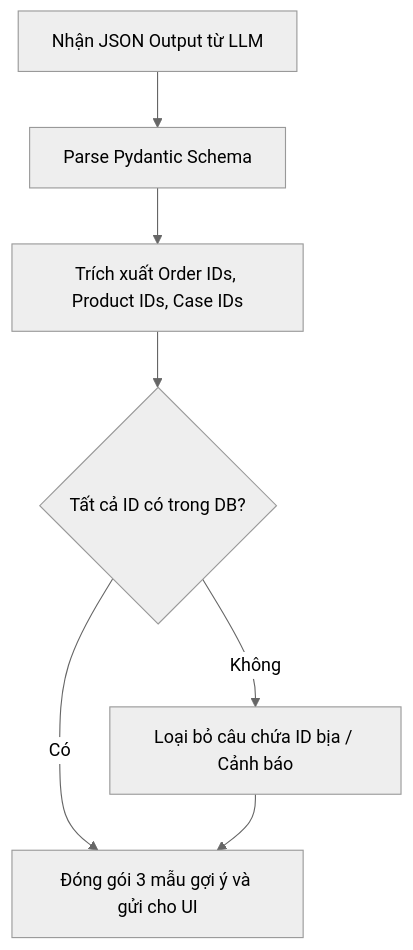
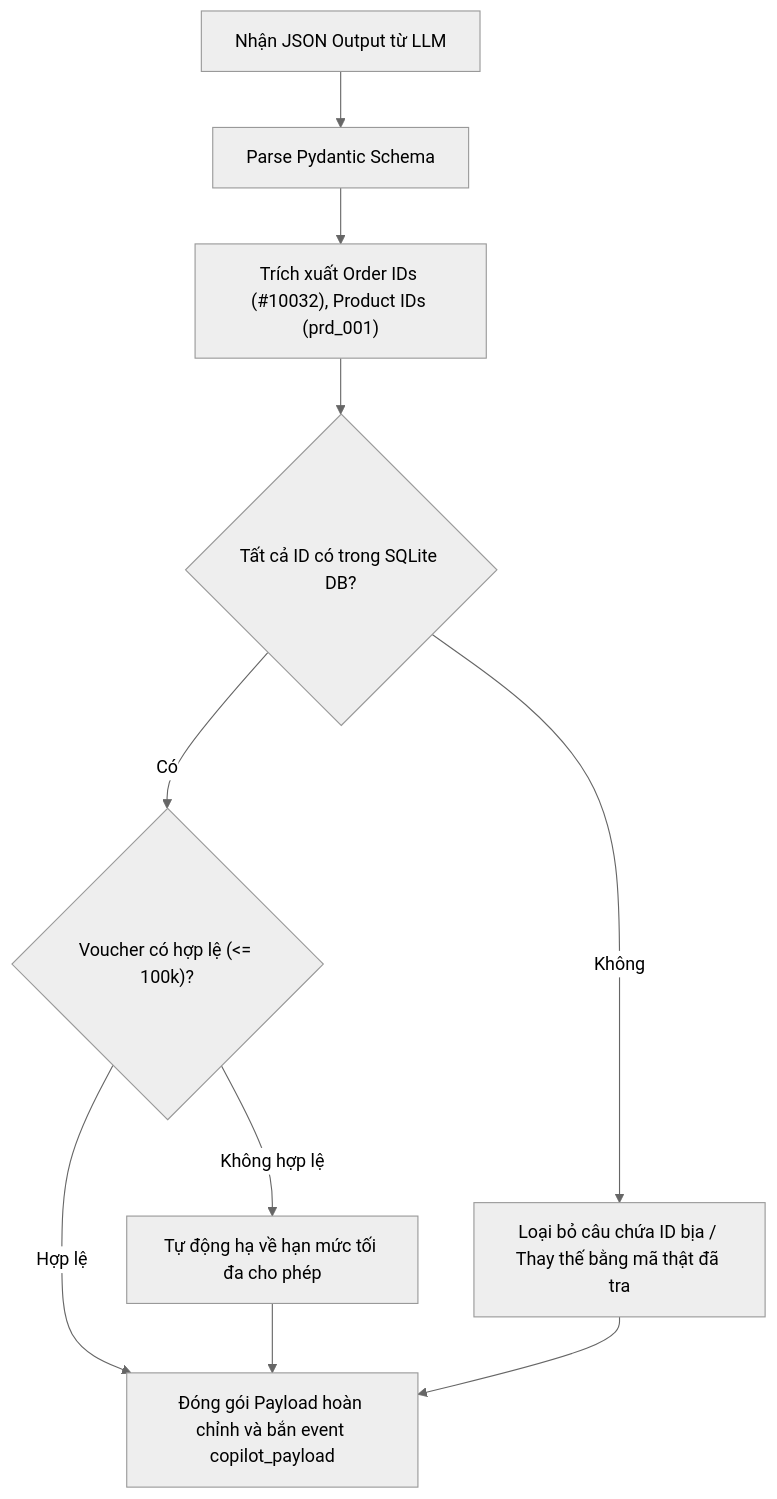
One commit to phamvantienkiz/copilot-support changed the second of 2 diagrams in docs/implementation/release-1/technical-design.md. Above: the diagram before and after it, drawn with Mermaid (neutral theme). The commit also changed other lines of this file and 15 other files, not shown here.

````diff
--- a/docs/implementation/release-1/technical-design.md
+++ b/docs/implementation/release-1/technical-design.md
@@ -48,9 +145,12 @@
 ```mermaid
 flowchart TD
     Start["Nhận JSON Output từ LLM"] --> ParseJSON["Parse Pydantic Schema"]
-    ParseJSON --> ExtractIDs["Trích xuất Order IDs, Product IDs, Case IDs"]
-    ExtractIDs --> CheckDB{"Tất cả ID có trong DB?"}
-    CheckDB -- Có --> RenderOK["Đóng gói 3 mẫu gợi ý và gửi cho UI"]
-    CheckDB -- Không --> Sanitize["Loại bỏ câu chứa ID bịa / Cảnh báo"]
+    ParseJSON --> ExtractIDs["Trích xuất Order IDs (#10032), Product IDs (prd_001)"]
+    ExtractIDs --> CheckDB{"Tất cả ID có trong SQLite DB?"}
+    CheckDB -- Có --> SanitizeVoucher{"Voucher có hợp lệ (<= 100k)?"}
+    SanitizeVoucher -- Hợp lệ --> RenderOK["Đóng gói Payload hoàn chỉnh và bắn event copilot_payload"]
+    SanitizeVoucher -- Không hợp lệ --> ClampVoucher["Tự động hạ về hạn mức tối đa cho phép"]
+    ClampVoucher --> RenderOK
+    CheckDB -- Không --> Sanitize["Loại bỏ câu chứa ID bịa / Thay thế bằng mã thật đã tra"]
     Sanitize --> RenderOK
 ```
````
